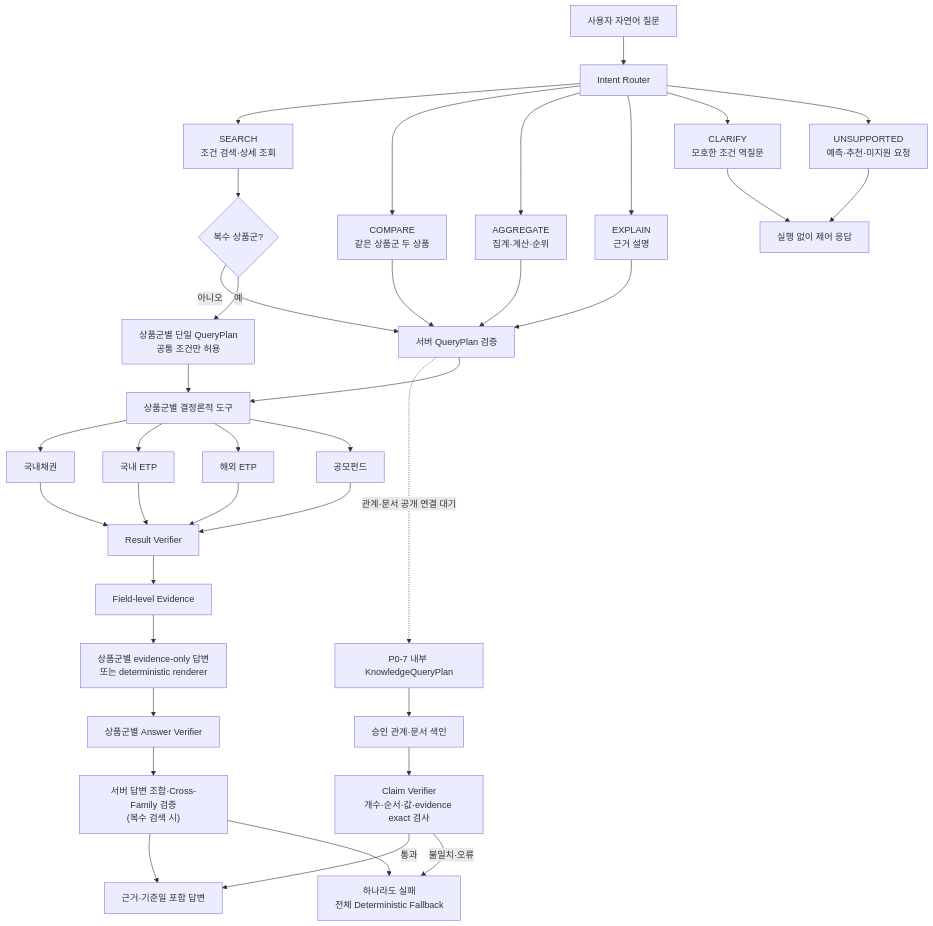
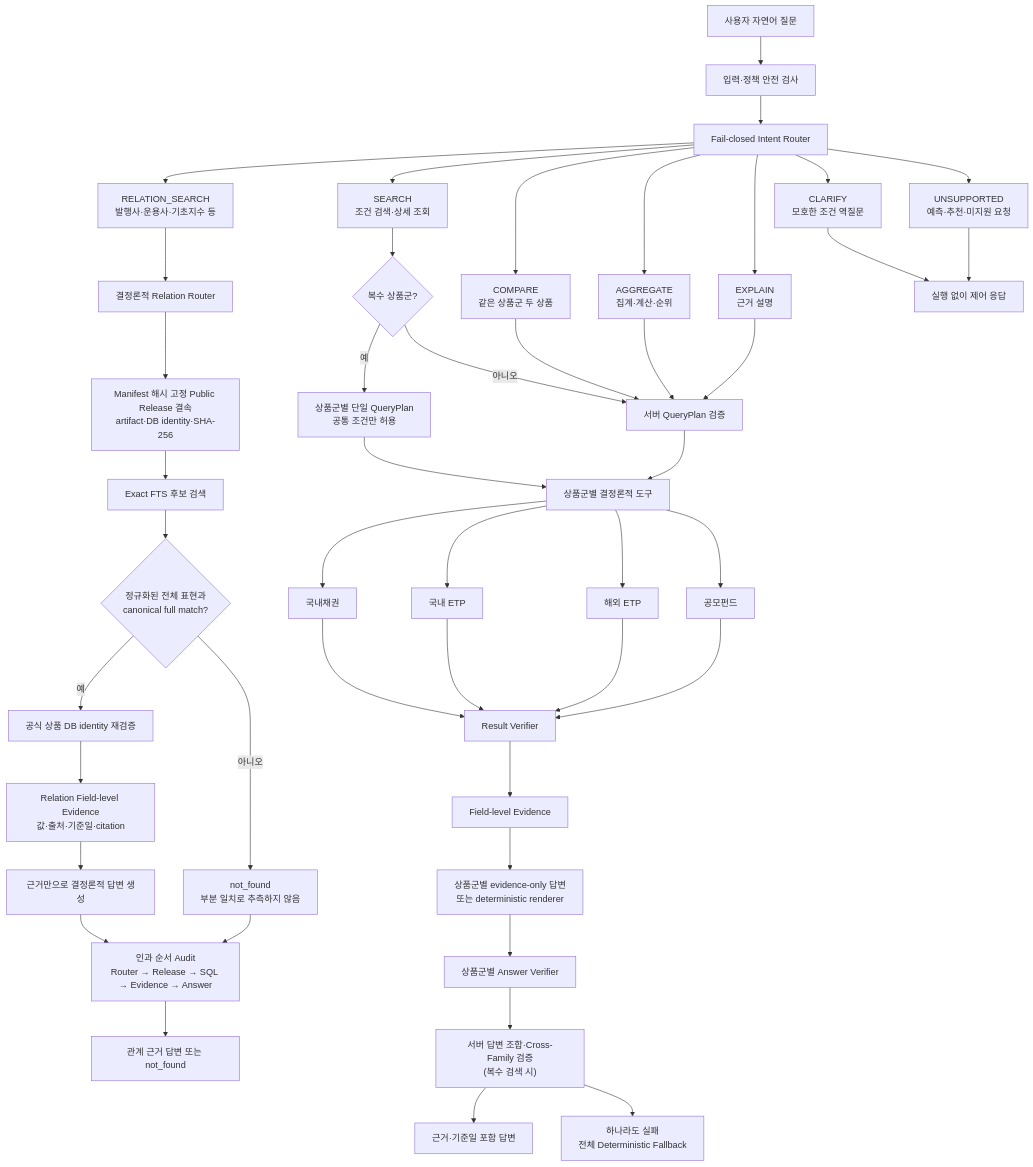
The diagram in docs/proposal/diagrams/answer-flow.md (Hyunhoim/gaeng3), drawn with Mermaid before and after one commit. The commit also changed other lines of this file and 26 other files, not shown here.

````diff
--- a/docs/proposal/diagrams/answer-flow.md
+++ b/docs/proposal/diagrams/answer-flow.md
@@ -7,46 +10,54 @@
 ```mermaid
 flowchart TD
-    Q["사용자 자연어 질문"] --> R["Intent Router"]
+    Q["사용자 자연어 질문"] --> SAFE["입력·정책 안전 검사"]
+    SAFE --> R["Fail-closed Intent Router"]
 
     R --> S["SEARCH<br/>조건 검색·상세 조회"]
     R --> C["COMPARE<br/>같은 상품군 두 상품"]
     R --> A["AGGREGATE<br/>집계·계산·순위"]
     R --> E["EXPLAIN<br/>근거 설명"]
+    R --> RS["RELATION_SEARCH<br/>발행사·운용사·기초지수 등"]
     R --> CL["CLARIFY<br/>모호한 조건 역질문"]
     R --> U["UNSUPPORTED<br/>예측·추천·미지원 요청"]
+
+    RS --> KR["결정론적 Relation Router"]
+    KR --> KB["Manifest 해시 고정 Public Release 결속<br/>artifact·DB identity·SHA-256"]
+    KB --> KFTS["Exact FTS 후보 검색"]
+    KFTS --> KFULL{"정규화된 전체 표현과<br/>canonical full match?"}
+    KFULL -->|"아니오"| KNF["not_found<br/>부분 일치로 추측하지 않음"]
+    KFULL -->|"예"| KID["공식 상품 DB identity 재검증"]
+    KID --> KEV["Relation Field-level Evidence<br/>값·출처·기준일·citation"]
+    KEV --> KANS["근거만으로 결정론적 답변 생성"]
+    KANS --> KAUD["인과 순서 Audit<br/>Router → Release → SQL → Evidence → Answer"]
+    KNF --> KAUD
+    KAUD --> KOUT["관계 근거 답변 또는 not_found"]
 
     S --> MF{"복수 상품군?"}
     MF -->|"아니오"| P["서버 QueryPlan 검증"]
     MF -->|"예"| MP["상품군별 단일 QueryPlan<br/>공통 조건만 허용"]
     MP --> T
     C --> P
     A --> P
     E --> P
-
-    P -.->|"관계·문서 공개 연결 대기"| KP["P0-7 내부 KnowledgeQueryPlan"]
-    KP --> KR["승인 관계·문서 색인"]
-    KR --> KCV["Claim Verifier<br/>개수·순서·값·evidence exact 검사"]
-    KCV -->|"통과"| OK
-    KCV -->|"불일치·오류"| FB
 
     P --> T["상품군별 결정론적 도구"]
     T --> B["국내채권"]
     T --> DE["국내 ETP"]
     T --> OE["해외 ETP"]
     T --> F["공모펀드"]
 
     B --> V["Result Verifier"]
     DE --> V
     OE --> V
     F --> V
 
     V --> EV["Field-level Evidence"]
     EV --> FA["상품군별 evidence-only 답변<br/>또는 deterministic renderer"]
     FA --> AV["상품군별 Answer Verifier"]
     AV --> XF["서버 답변 조합·Cross-Family 검증<br/>(복수 검색 시)"]
     XF --> OK["근거·기준일 포함 답변"]
     XF --> FB["하나라도 실패<br/>전체 Deterministic Fallback"]
 
     CL --> CONTROL["실행 없이 제어 응답"]
     U --> CONTROL
 ```
````
